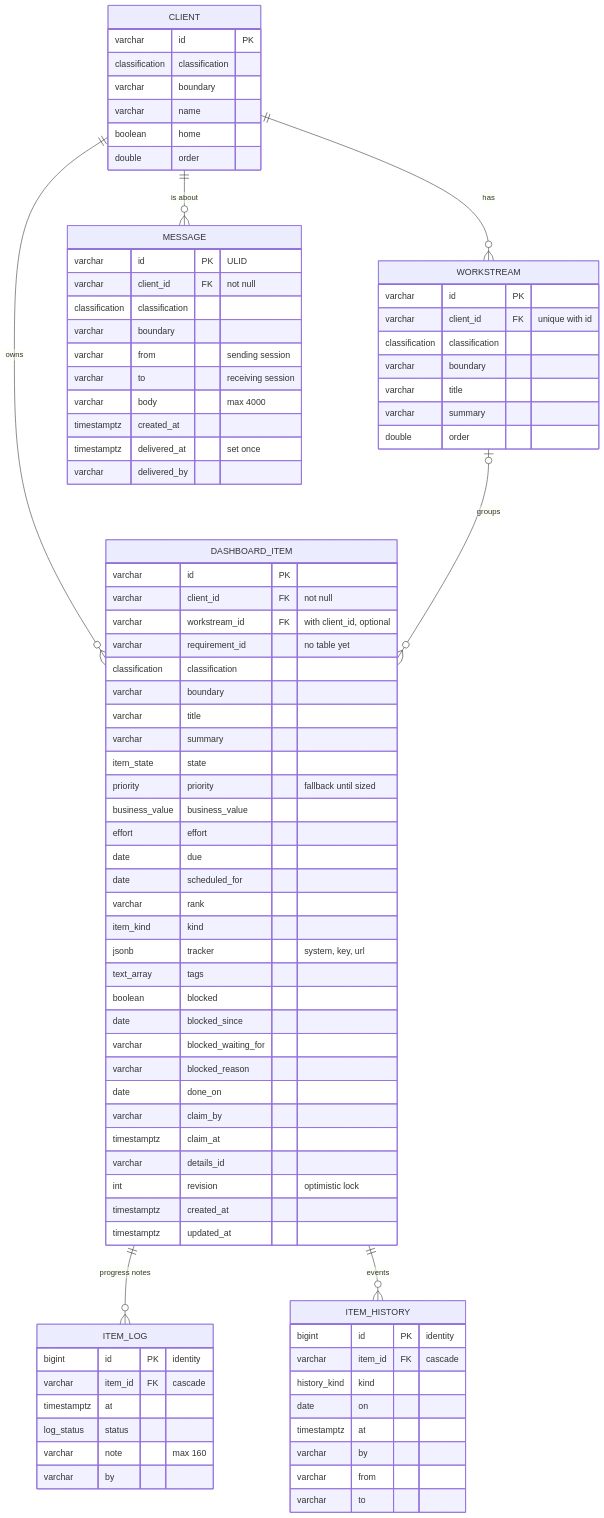
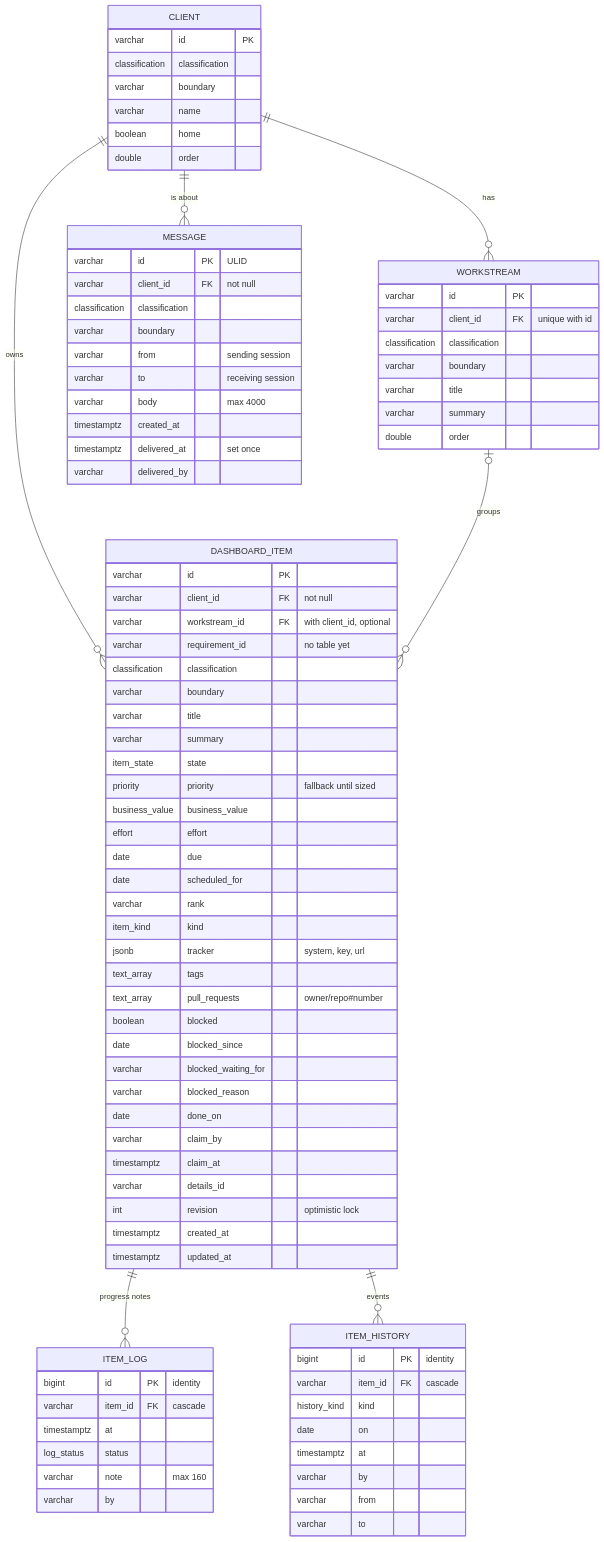
Before and after one commit to lekman/ai-toolkit: the diagram in packages/dashboard-schema/docs/database.md, drawn with Mermaid. The commit also changed 15 other files, not shown here.

First line of the commit message:
feat(tasks-mcp): a task's own pull requests (#126)

```diff
--- a/packages/dashboard-schema/docs/database.md
+++ b/packages/dashboard-schema/docs/database.md
@@ -51,6 +51,7 @@
     item_kind kind
     jsonb tracker "system, key, url"
     text_array tags
+    text_array pull_requests "owner/repo#number"
     boolean blocked
     date blocked_since
     varchar blocked_waiting_for
```
